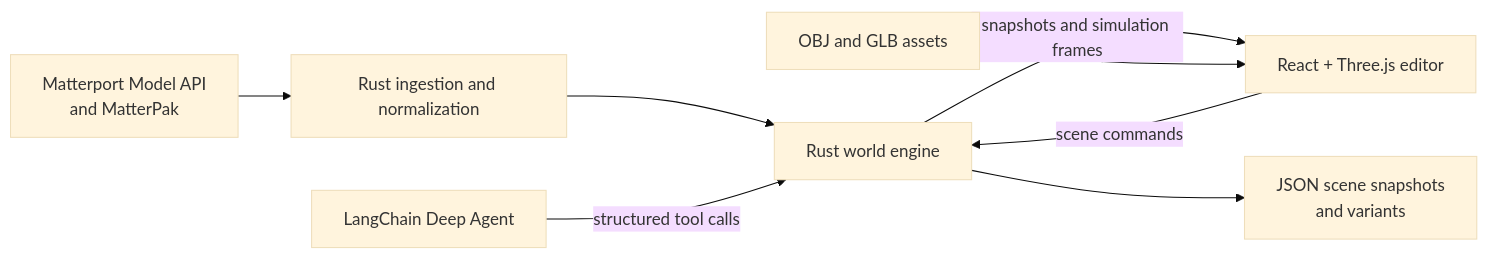
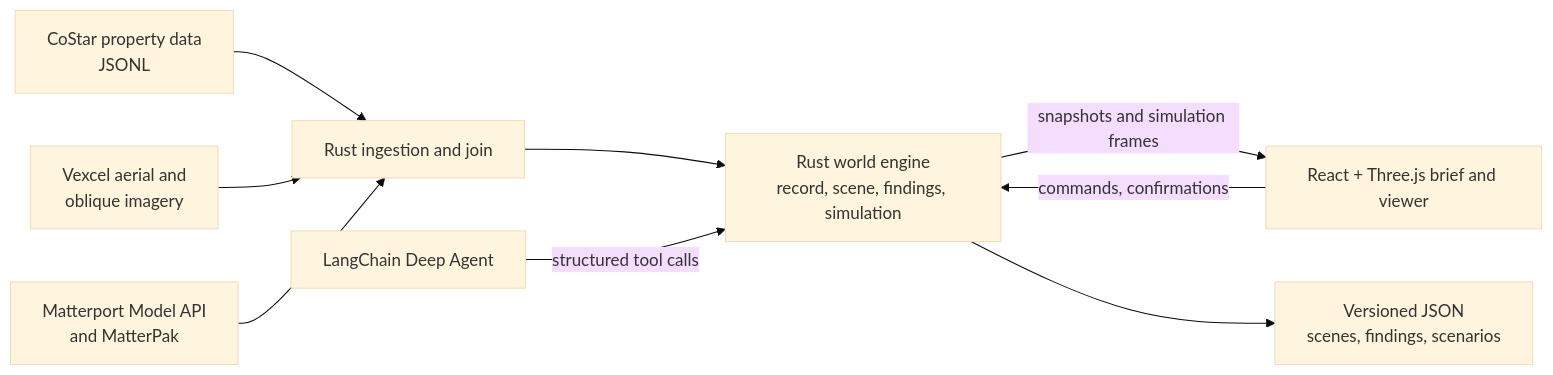
One commit to tanaydonde/agni changed the diagram in TECH_STACK.md. Above: the diagram before and after it, drawn with Mermaid (base theme). The commit also changed other lines of this file and 5 other files, not shown here.

````diff
--- a/TECH_STACK.md
+++ b/TECH_STACK.md
@@ -13,10 +14,11 @@
 ```mermaid
 flowchart LR
-    M[Matterport Model API<br/>and MatterPak] --> I[Rust ingestion and normalization]
-    I --> W[Rust world engine]
+    C[CoStar property data<br/>JSONL] --> I[Rust ingestion and join]
+    V[Vexcel aerial and<br/>oblique imagery] --> I
+    M[Matterport Model API<br/>and MatterPak] --> I
+    I --> W[Rust world engine<br/>record, scene, findings, simulation]
     G[LangChain Deep Agent] -->|structured tool calls| W
-    U[React + Three.js editor] -->|scene commands| W
+    U[React + Three.js brief and viewer] -->|commands, confirmations| W
     W -->|snapshots and simulation frames| U
-    W --> S[JSON scene snapshots<br/>and variants]
-    A[OBJ and GLB assets] --> U
+    W --> S[Versioned JSON<br/>scenes, findings, scenarios]
 ```
````
